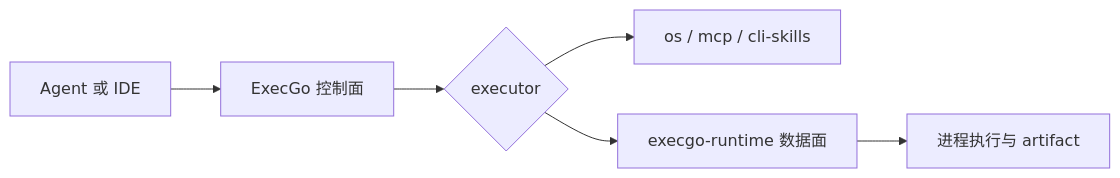
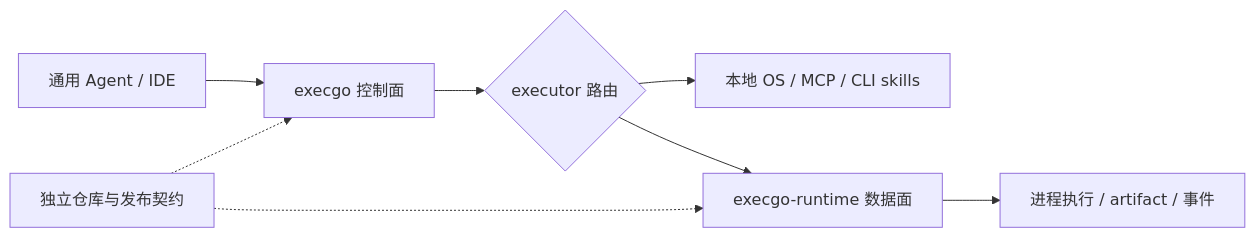
Before and after one commit to iammm0/execgo-publish-website: the diagram in content/docs/index.mdx, drawn with Mermaid. The commit also changed other lines of this file and 11 other files, not shown here.

````diff
--- a/content/docs/index.mdx
+++ b/content/docs/index.mdx
@@ -31,8 +35,10 @@
 ```mermaid
 flowchart LR
-  A["Agent 或 IDE"] --> B["ExecGo 控制面"]
-  B --> C{"executor"}
-  C --> D["os / mcp / cli-skills"]
+  A["通用 Agent / IDE"] --> B["execgo 控制面"]
+  B --> C{"executor 路由"}
+  C --> D["本地 OS / MCP / CLI skills"]
   C --> E["execgo-runtime 数据面"]
-  E --> F["进程执行与 artifact"]
+  E --> F["进程执行 / artifact / 事件"]
+  G["独立仓库与发布契约"] -.-> B
+  G -.-> E
 ```
````
